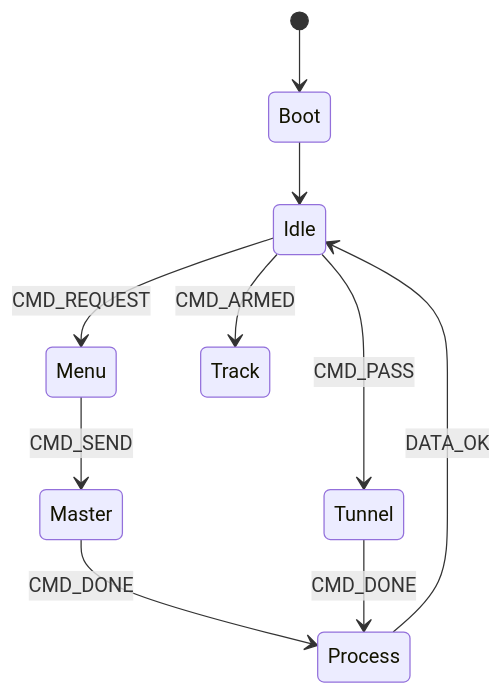
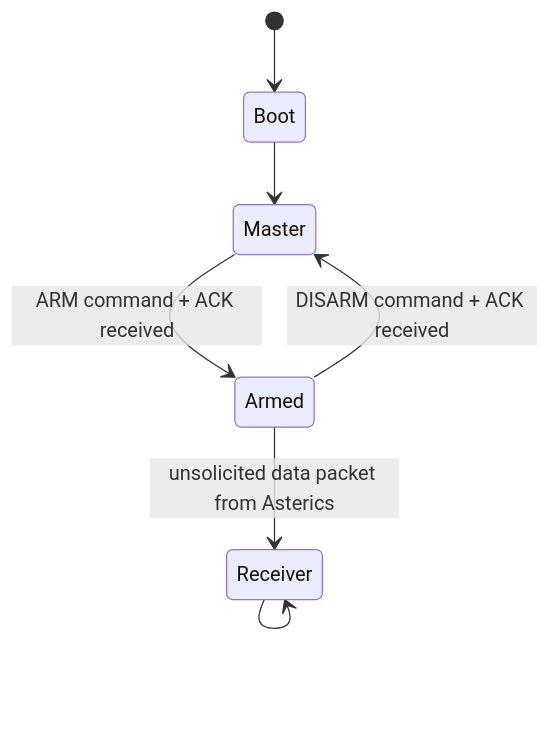
Before and after one commit to RedPropulsion/panoramix: the diagram in apps/obelics/src/README.md, drawn with Mermaid. The commit also changed other lines of this file, not shown here.

````diff
--- a/apps/obelics/src/README.md
+++ b/apps/obelics/src/README.md
@@ -5,13 +7,9 @@
 ```mermaid
 stateDiagram-v2
 [*] --> Boot
-Boot--> Idle
-Idle --> Menu      : CMD_REQUEST
-Menu --> Master    : CMD_SEND
-Master --> Process : CMD_DONE
-Process --> Idle   : DATA_OK
-Idle --> Tunnel    : CMD_PASS
-Tunnel --> Process : CMD_DONE
-Idle --> Track     : CMD_ARMED
-Track
+Boot --> Master
+Master --> Armed : ARM command + ACK received
+Armed --> Master : DISARM command + ACK received
+Armed --> Receiver : unsolicited data packet from Asterics
+Receiver --> Receiver
 ```
````
